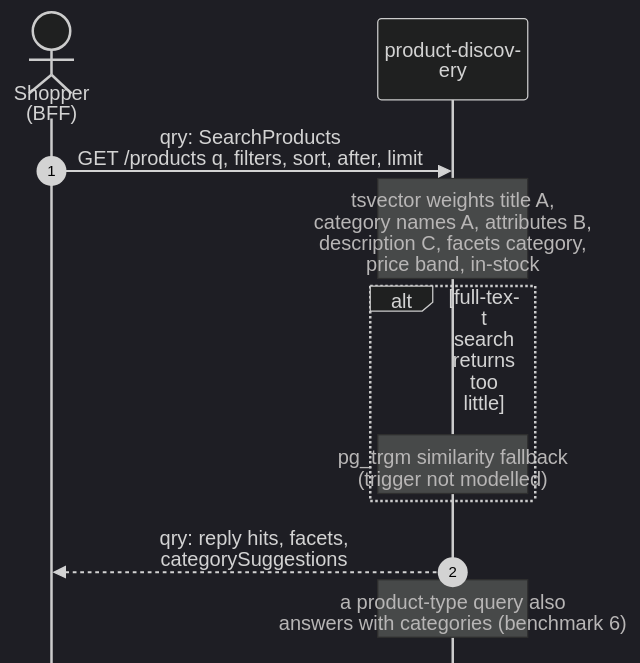
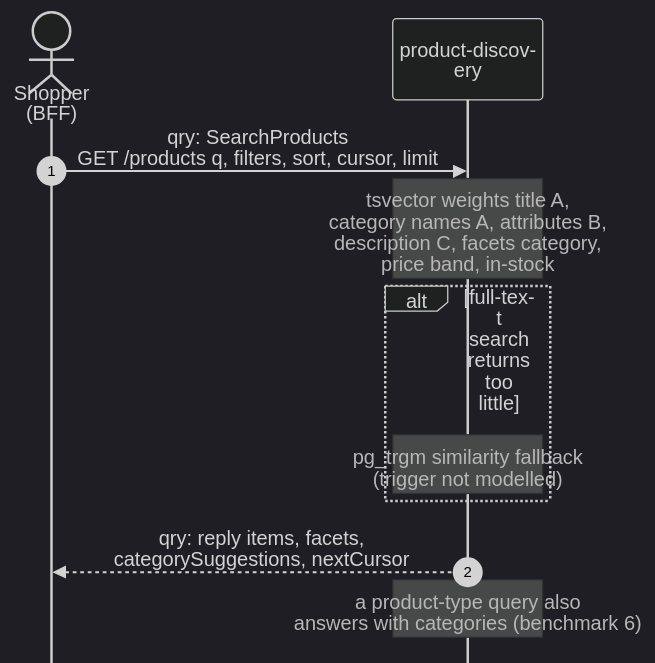
Before and after one commit to IQVO/warehouse-docs: the first of 6 diagrams in storefront/docs/contexts/product-discovery/domain-message-flow.md, drawn with Mermaid (dark theme). The commit also changed other lines of this file and 8 other files, not shown here.

Commit message:
docs(storefront): product-discovery pack and model follow the repo (REST paging 1..500, 400 invalid-limit, cursor/items/nextCursor, five more slugs, suppress before create is skipped and logged); full routes in labels for the drift gate

````diff
--- a/storefront/docs/contexts/product-discovery/domain-message-flow.md
+++ b/storefront/docs/contexts/product-discovery/domain-message-flow.md
@@ -27,14 +27,14 @@
 ```mermaid
 %%{init: {"sequence": {"wrap": true, "width": 120, "actorMargin": 24, "messageMargin": 28, "boxMargin": 6, "noteMargin": 6, "mirrorActors": false}}}%%
 sequenceDiagram
     autonumber
     actor SH as Shopper (BFF)
     participant PD as product-discovery
-    SH->>PD: qry: SearchProducts<br/>GET /products q, filters, sort, after, limit
+    SH->>PD: qry: SearchProducts<br/>GET /products q, filters, sort, cursor, limit
     Note over PD: tsvector weights title A,<br/>category names A, attributes B,<br/>description C, facets category,<br/>price band, in-stock
     alt full-text search returns too little
         Note over PD: pg_trgm similarity fallback<br/>(trigger not modelled)
     end
-    PD-->>SH: qry: reply hits, facets,<br/>categorySuggestions
+    PD-->>SH: qry: reply items, facets,<br/>categorySuggestions, nextCursor
     Note over PD: a product-type query also<br/>answers with categories (benchmark 6)
 ```
````
